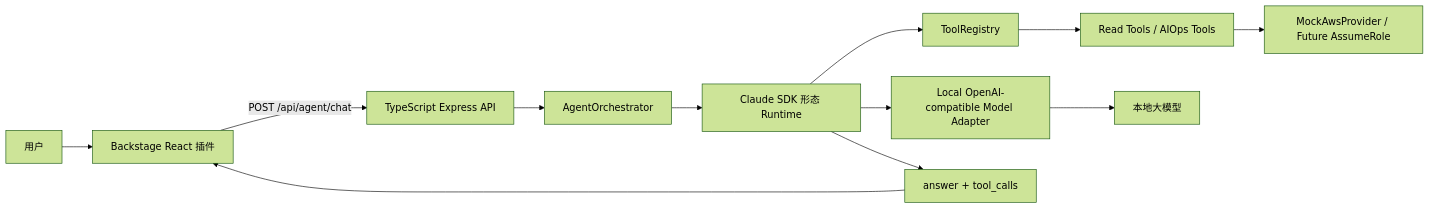
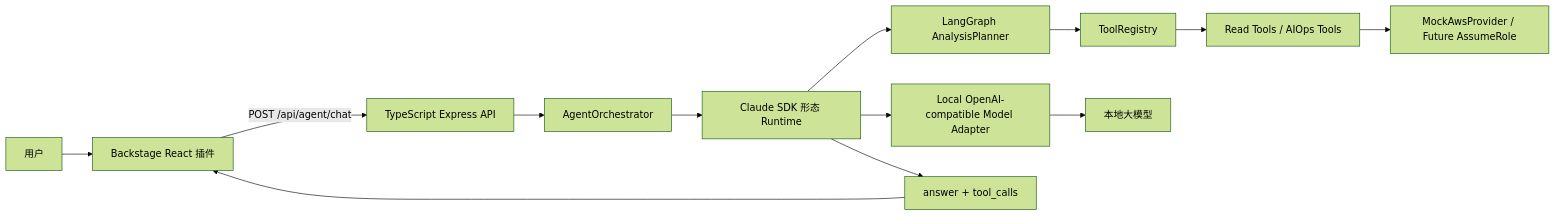
Before and after one commit to chunxili/aiops: the first of 2 diagrams in PROJECT.md, drawn with Mermaid (forest theme). The commit also changed other lines of this file and 4 other files, not shown here.

Commit message:
Use LangGraph for AIOps analysis planning

````diff
--- a/PROJECT.md
+++ b/PROJECT.md
@@ -29,14 +30,15 @@
 ```mermaid
 flowchart LR
   User["用户"] --> UI["Backstage React 插件"]
   UI -->|POST /api/agent/chat| API["TypeScript Express API"]
   API --> Orchestrator["AgentOrchestrator"]
   Orchestrator --> Runtime["Claude SDK 形态 Runtime"]
-  Runtime --> Registry["ToolRegistry"]
+  Runtime --> Planner["LangGraph AnalysisPlanner"]
+  Planner --> Registry["ToolRegistry"]
   Registry --> Tools["Read Tools / AIOps Tools"]
   Tools --> AWS["MockAwsProvider / Future AssumeRole"]
   Runtime --> Model["Local OpenAI-compatible Model Adapter"]
   Model --> LLM["本地大模型"]
   Runtime --> Response["answer + tool_calls"]
   Response --> UI
 ```
````
